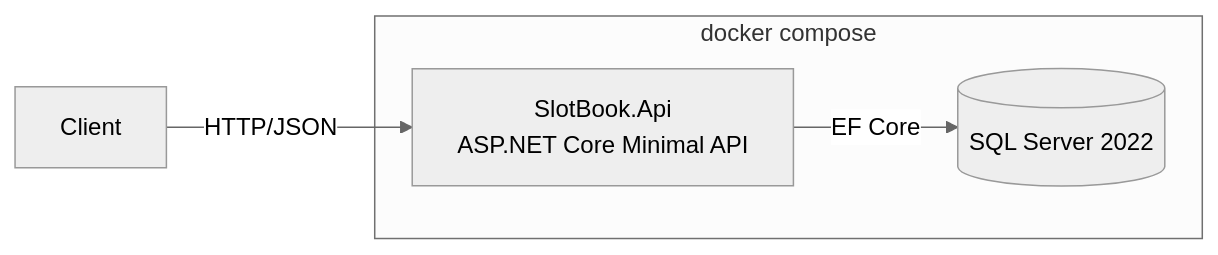
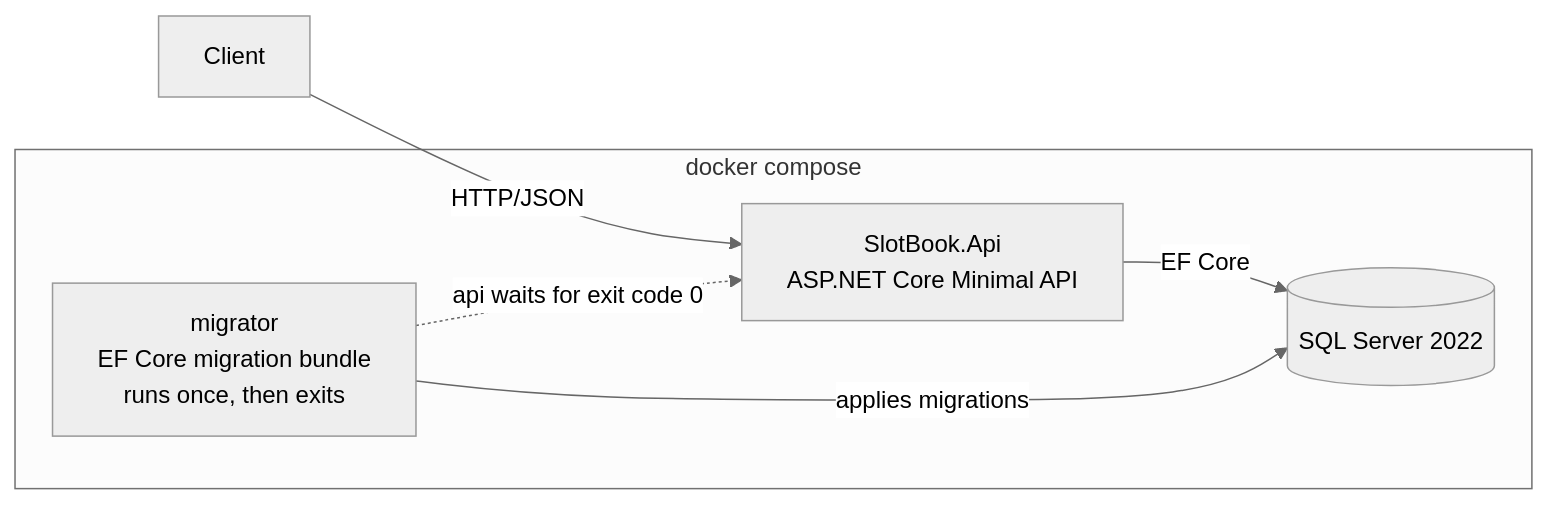
Before and after one commit to nexusframe/slotbook: the diagram in README.md, drawn with Mermaid (neutral theme). The commit also changed other lines of this file and 1 other file, not shown here.

````diff
--- a/README.md
+++ b/README.md
@@ -23,10 +35,13 @@
 ```mermaid
 flowchart LR
     client[Client]
     subgraph compose["docker compose"]
+        migrator["migrator<br/>EF Core migration bundle<br/>runs once, then exits"]
         api["SlotBook.Api<br/>ASP.NET Core Minimal API"]
         db[("SQL Server 2022")]
     end
     client -- HTTP/JSON --> api
     api -- EF Core --> db
+    migrator -- applies migrations --> db
+    migrator -. api waits for exit code 0 .-> api
 ```
````
